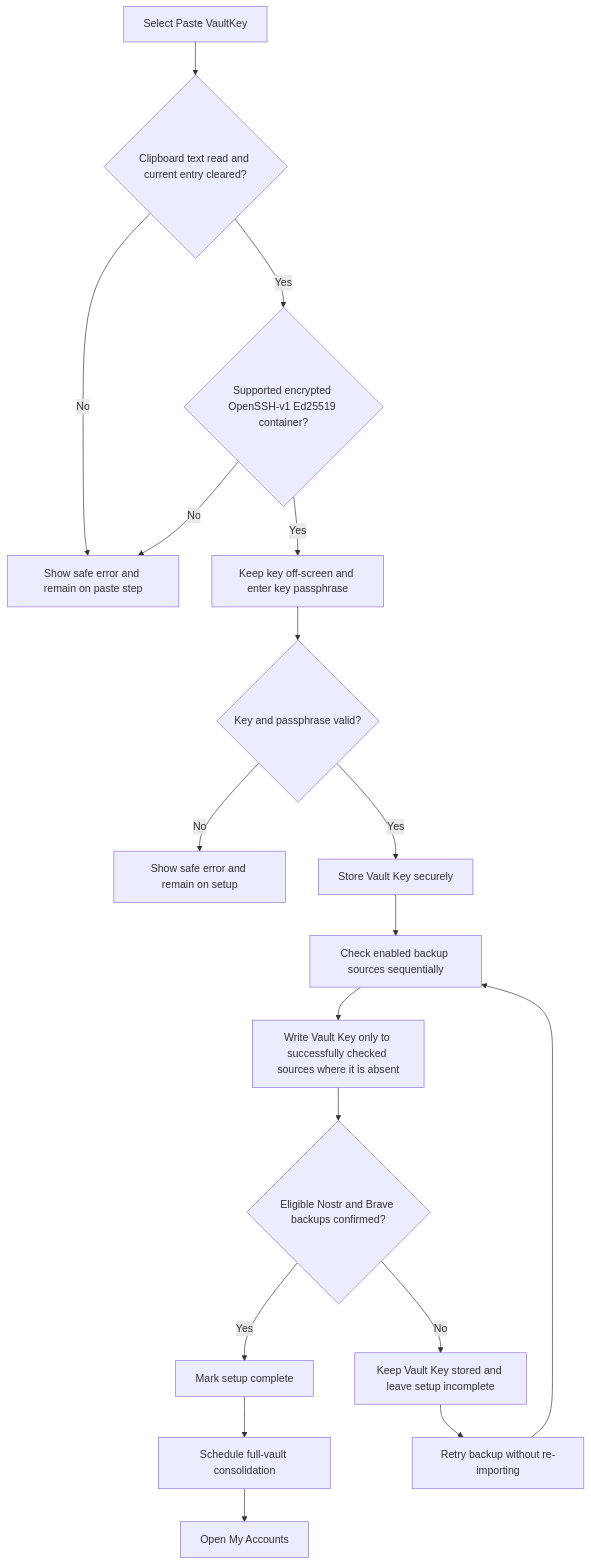
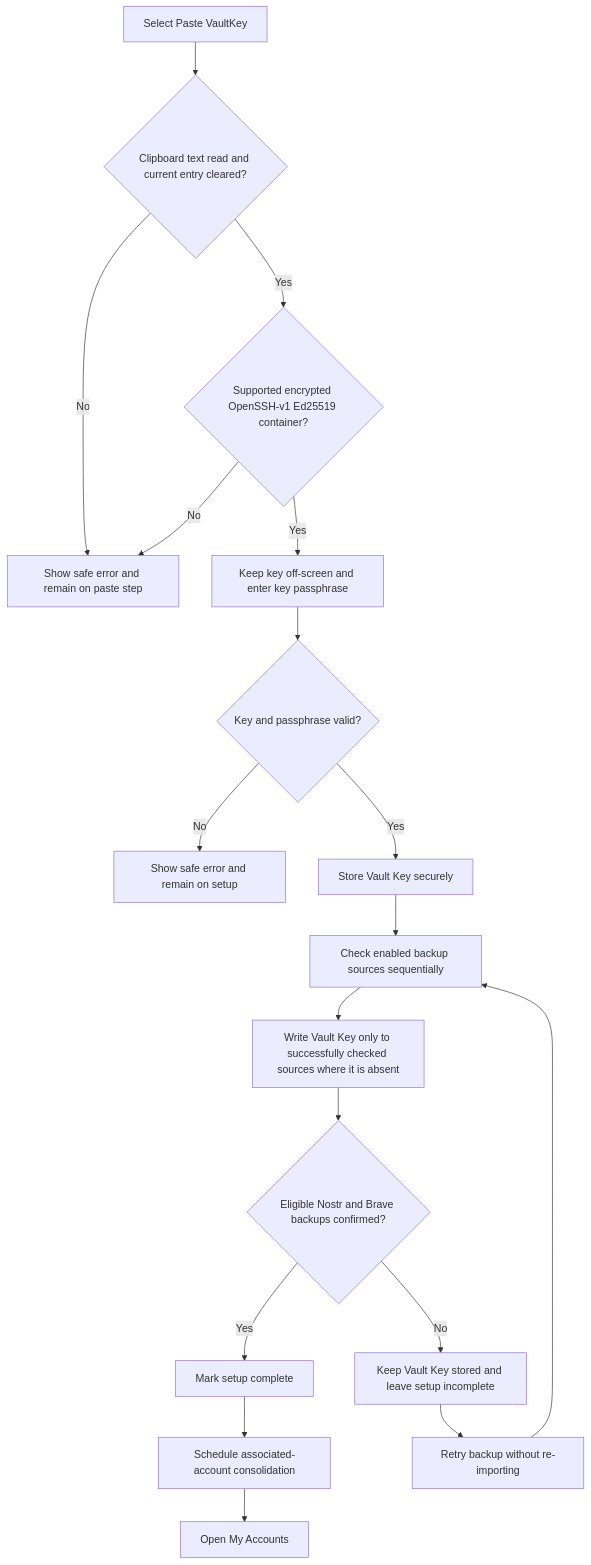
One commit to ZenTenApp/vault-kotlin changed the second of 7 diagrams in docs/stakeholder/flowcharts.md. Above: the diagram before and after it, drawn with Mermaid. The commit also changed other lines of this file and 17 other files, not shown here.

Commit message:
feat(consolidation): separate vault key consolidation from accounts

````diff
--- a/docs/stakeholder/flowcharts.md
+++ b/docs/stakeholder/flowcharts.md
@@ -75,20 +75,20 @@
 ```mermaid
 flowchart TD
     Start["Select Paste VaultKey"] --> Clipboard{"Clipboard text read and current entry cleared?"}
     Clipboard -->|No| PasteError["Show safe error and remain on paste step"]
     Clipboard -->|Yes| KeyFormat{"Supported encrypted OpenSSH-v1 Ed25519 container?"}
     KeyFormat -->|No| PasteError
     KeyFormat -->|Yes| Passphrase["Keep key off-screen and enter key passphrase"]
     Passphrase --> Validate{"Key and passphrase valid?"}
     Validate -->|No| Error["Show safe error and remain on setup"]
     Validate -->|Yes| Store["Store Vault Key securely"]
     Store --> Sources["Check enabled backup sources sequentially"]
     Sources --> Missing["Write Vault Key only to successfully checked sources where it is absent"]
     Missing --> Quorum{"Eligible Nostr and Brave backups confirmed?"}
     Quorum -->|Yes| Complete["Mark setup complete"]
-    Complete --> Schedule["Schedule full-vault consolidation"]
+    Complete --> Schedule["Schedule associated-account consolidation"]
     Schedule --> Accounts["Open My Accounts"]
     Quorum -->|No| Incomplete["Keep Vault Key stored and leave setup incomplete"]
     Incomplete --> Retry["Retry backup without re-importing"]
     Retry --> Sources
 ```
````
